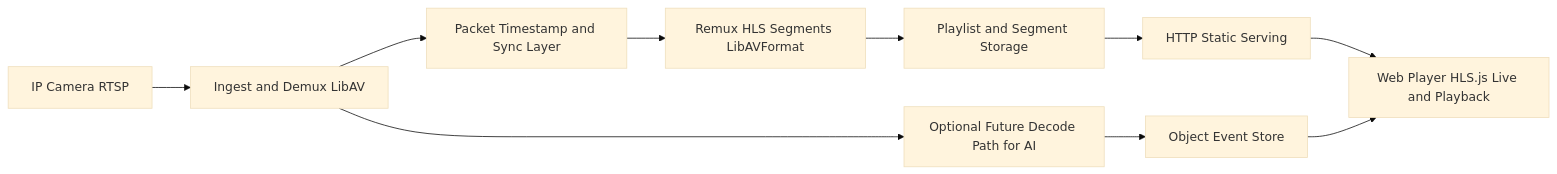
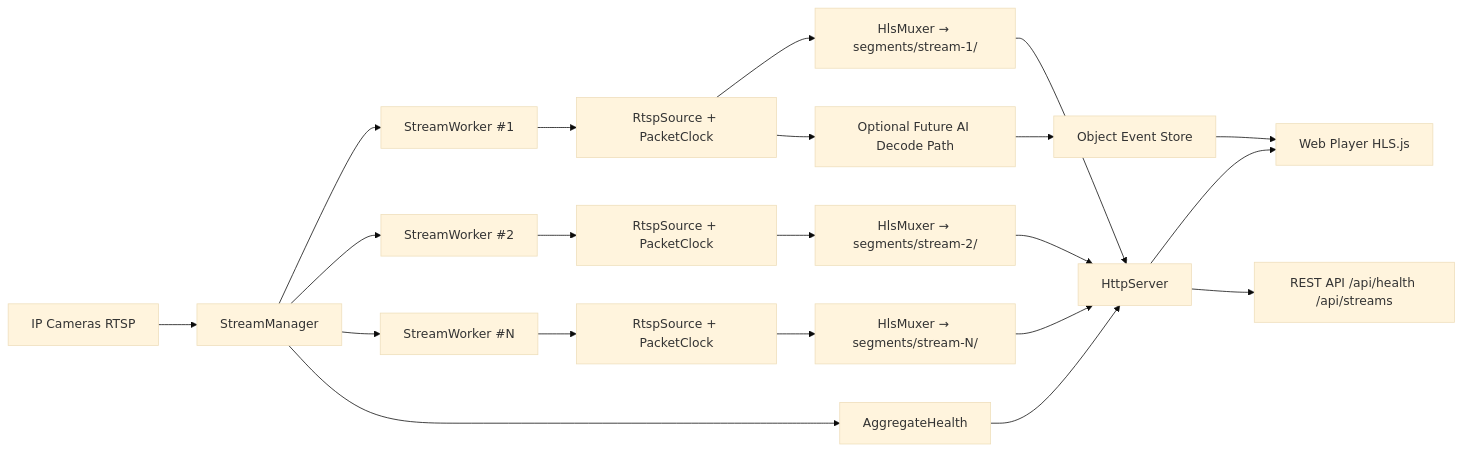
The diagram in docs/design.md (oron-sinaa/genea-video-streamer), drawn with Mermaid (base theme) before and after one commit. The commit also changed other lines of this file and 3 other files, not shown here.

````diff
--- a/docs/design.md
+++ b/docs/design.md
@@ -143,12 +145,23 @@
 ```mermaid
 flowchart LR
-	A[IP Camera RTSP] --> B[Ingest and Demux LibAV]
-	B --> C[Packet Timestamp and Sync Layer]
-	C --> D[Remux HLS Segments LibAVFormat]
-	D --> E[Playlist and Segment Storage]
-	E --> F[HTTP Static Serving]
-	F --> G[Web Player HLS.js Live and Playback]
-	B --> H[Optional Future Decode Path for AI]
-	H --> I[Object Event Store]
-	I --> G
+	A[IP Cameras RTSP] --> B[StreamManager]
+	B --> W1[StreamWorker #1]
+	B --> W2[StreamWorker #2]
+	B --> WN[StreamWorker #N]
+	W1 --> C1[RtspSource + PacketClock]
+	W2 --> C2[RtspSource + PacketClock]
+	WN --> CN[RtspSource + PacketClock]
+	C1 --> D1[HlsMuxer → segments/stream-1/]
+	C2 --> D2[HlsMuxer → segments/stream-2/]
+	CN --> DN[HlsMuxer → segments/stream-N/]
+	B --> E[AggregateHealth]
+	D1 --> F[HttpServer]
+	D2 --> F
+	DN --> F
+	E --> F
+	F --> G[Web Player HLS.js]
+	F --> H[REST API /api/health /api/streams]
+	C1 --> I[Optional Future AI Decode Path]
+	I --> J[Object Event Store]
+	J --> G
 ```
````
